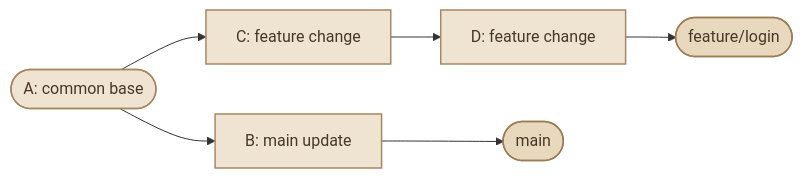
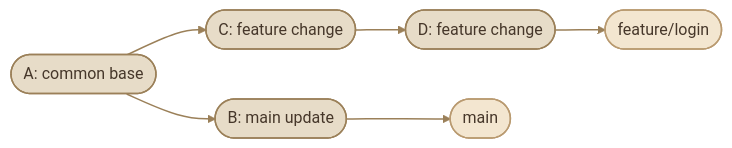
One commit to mustafammasoud/ops-handbook changed the first of 3 diagrams in content/version-control/Git and GitHub/advanced-git-history.mdx. Above: the diagram before and after it, drawn with Mermaid. The commit also changed other lines of this file and 17 other files, not shown here.

````diff
--- a/content/version-control/Git and GitHub/advanced-git-history.mdx
+++ b/content/version-control/Git and GitHub/advanced-git-history.mdx
@@ -50,13 +50,15 @@
 ```mermaid
 flowchart LR
-    A(["A: common base"]) --> B["B: main update"]
-    A --> C["C: feature change"]
-    C --> D["D: feature change"]
+    A(["A: common base"]) --> B(["B: main update"])
+    A --> C(["C: feature change"])
+    C --> D(["D: feature change"])
     B --> E(["main"])
     D --> F(["feature/login"])
 
-    classDef commit fill:#efe3d2,stroke:#a88763,color:#493729,stroke-width:1.5px
-    classDef branch fill:#e8d8bd,stroke:#9d7b53,color:#493729,stroke-width:1.5px
+    classDef commit fill:#E7DCC8,stroke:#9B8059,color:#46372A,stroke-width:1.5px
+    classDef branch fill:#F3E6D0,stroke:#B99A70,color:#46372A,stroke-width:1.5px
     class A,B,C,D commit
     class E,F branch
+
+    linkStyle default stroke:#9B8059,stroke-width:1.5px
 ```
````
